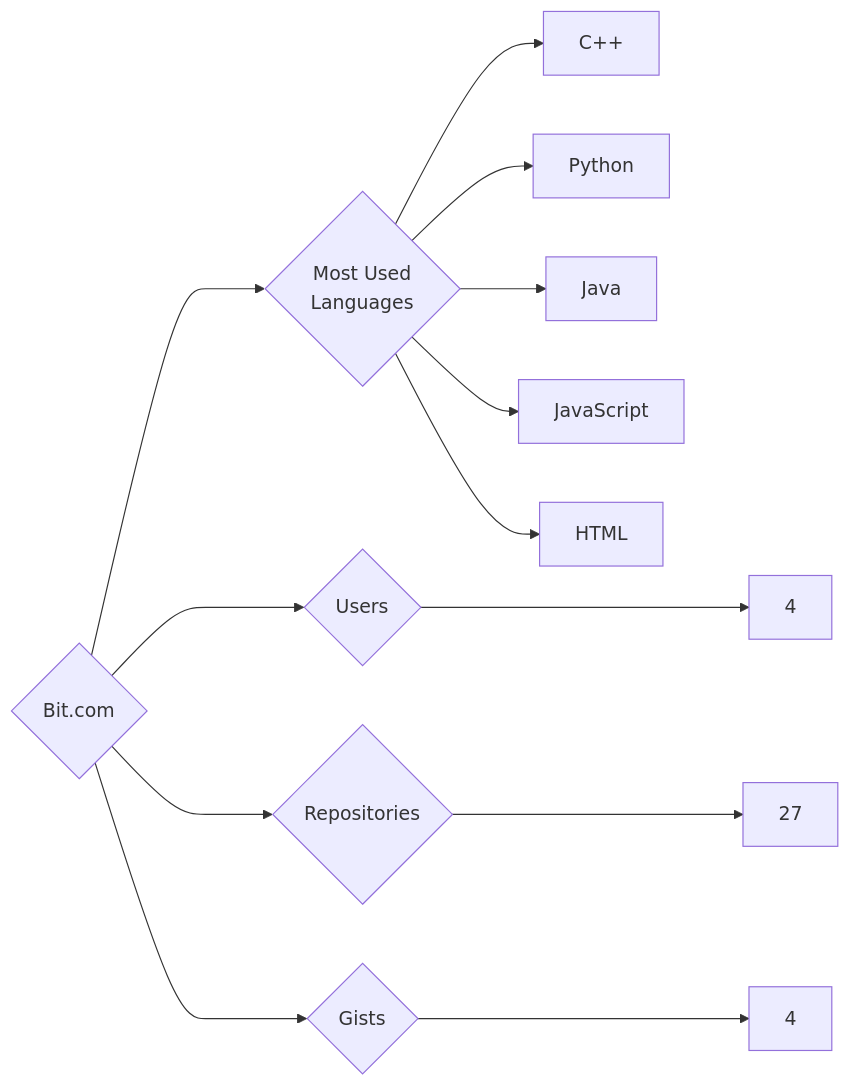
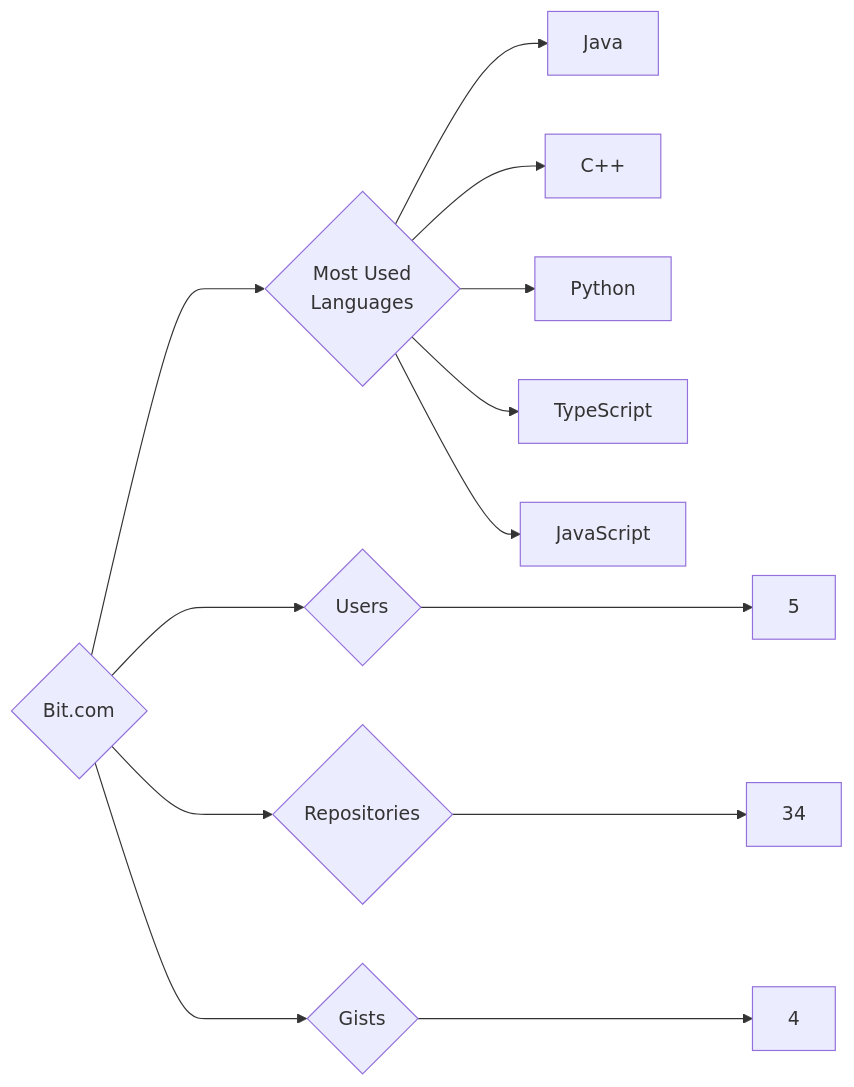
Before and after one commit to trickest/insiders: the diagram in targets/Bit.com/README.md, drawn with Mermaid. The commit also changed 1003 other files, not shown here.

````diff
--- a/targets/Bit.com/README.md
+++ b/targets/Bit.com/README.md
@@ -3,13 +3,13 @@
 ```mermaid
 graph LR
 COMPANY_NAME{Bit.com}
-COMPANY_NAME ---> U{Users} ---> UN[4]
-COMPANY_NAME ---> R{Repositories} ---> RN[27]
+COMPANY_NAME ---> U{Users} ---> UN[5]
+COMPANY_NAME ---> R{Repositories} ---> RN[34]
 COMPANY_NAME ---> G{Gists} ---> GN[4]
 COMPANY_NAME ---> ML{Most Used<br>Languages}
+ML --> Java[Java]
 ML --> C++[C++]
 ML --> Python[Python]
-ML --> Java[Java]
+ML --> TypeScript[TypeScript]
 ML --> JavaScript[JavaScript]
-ML --> HTML[HTML]
 ```
````
